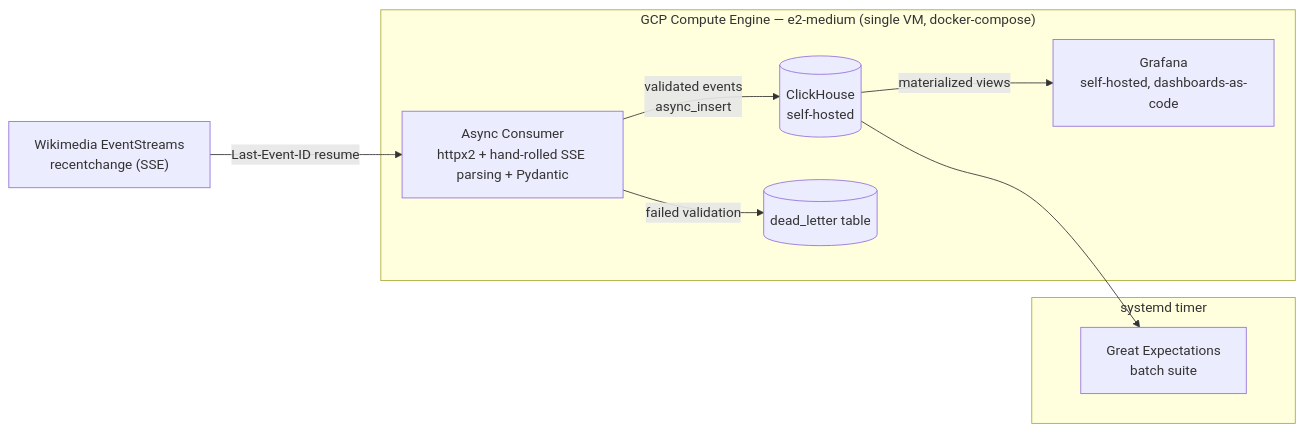
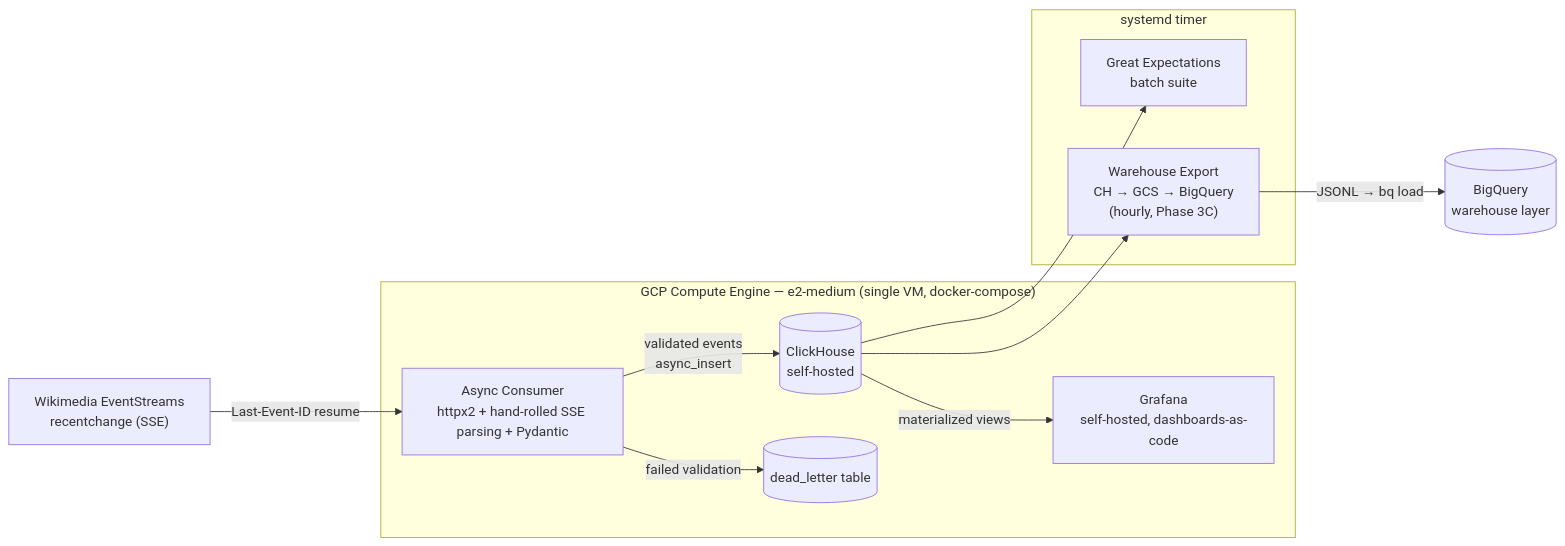
One commit to AhmedIkram05/WikiStream changed the diagram in docs/planning/vision-and-adr.md. Above: the diagram before and after it, drawn with Mermaid. The commit also changed other lines of this file and 1 other file, not shown here.

First line of the commit message:
docs: Update master plan and vision documents with Phase 3C details and BigQuery integration

````diff
--- a/docs/planning/vision-and-adr.md
+++ b/docs/planning/vision-and-adr.md
@@ -71,21 +79,24 @@
 ```mermaid
 flowchart LR
     WM["Wikimedia EventStreams<br/>recentchange (SSE)"]
 
     subgraph VM["GCP Compute Engine — e2-medium (single VM, docker-compose)"]
         C["Async Consumer<br/>httpx2 + hand-rolled SSE parsing + Pydantic"]
         CH[("ClickHouse<br/>self-hosted")]
         DLQ[("dead_letter table")]
         G["Grafana<br/>self-hosted, dashboards-as-code"]
         C -->|"validated events<br/>async_insert"| CH
         C -->|"failed validation"| DLQ
         CH -->|"materialized views"| G
     end
 
     subgraph JOBS["systemd timer"]
         GE["Great Expectations<br/>batch suite"]
+        EXP["Warehouse Export<br/>CH → GCS → BigQuery<br/>(hourly, Phase 3C)"]
     end
 
     WM -->|"Last-Event-ID resume"| C
     CH --> GE
+    CH --> EXP
+    EXP -->|"JSONL → bq load"| BQ[("BigQuery<br/>warehouse layer")]
 ```
````
